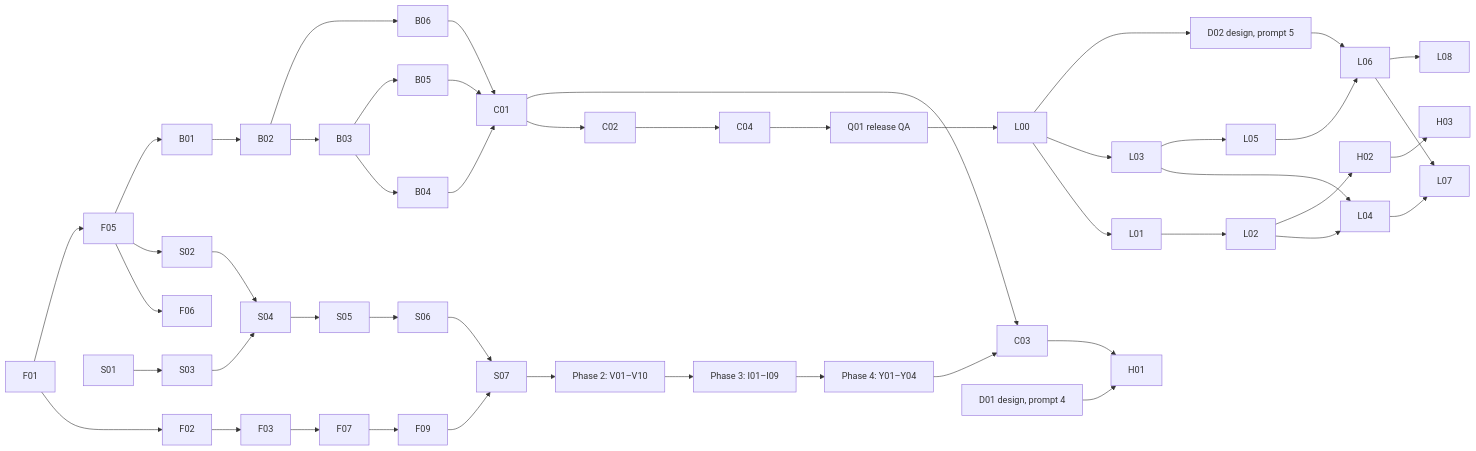
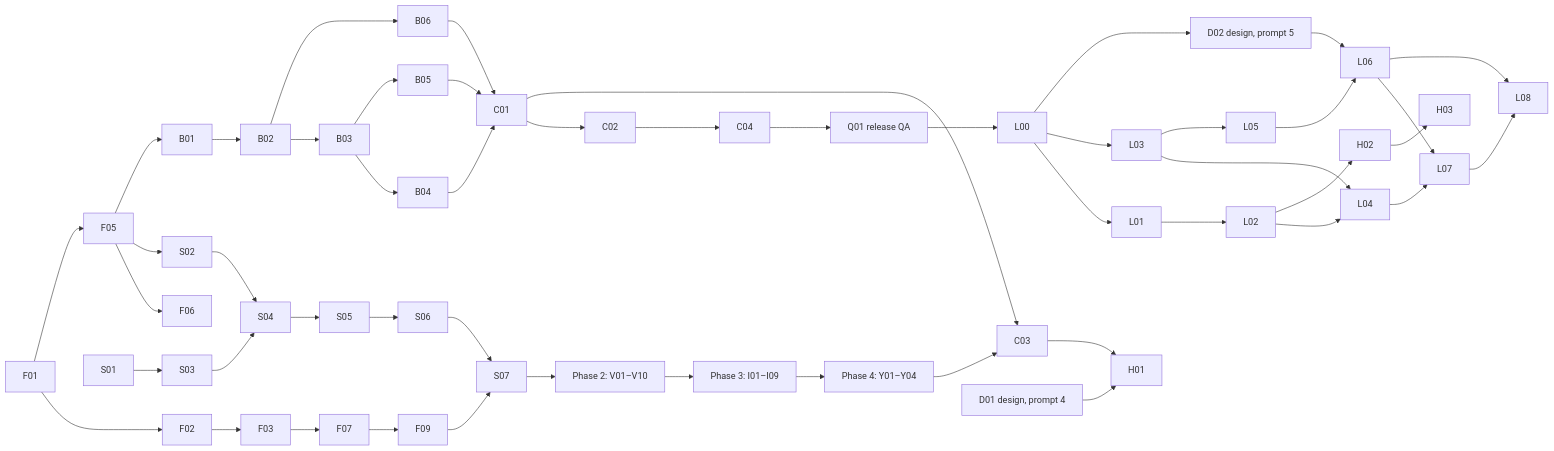
The diagram in docs/execution-plan.md (vespaiach/glance), drawn with Mermaid before and after one commit. The commit also changed other lines of this file and 2 other files, not shown here.

````diff
--- a/docs/execution-plan.md
+++ b/docs/execution-plan.md
@@ -34,23 +34,24 @@
 ```mermaid
 graph LR
   F01 --> F02 --> F03 --> F07 --> F09 --> S07
   F01 --> F05 --> F06
   F05 --> S02 --> S04 --> S05 --> S06 --> S07
   S01 --> S03 --> S04
   S07 --> V[Phase 2: V01–V10] --> I[Phase 3: I01–I09] --> Y[Phase 4: Y01–Y04]
   F05 --> B01 --> B02 --> B03 --> B04
   B03 --> B05
   B02 --> B06
   B04 & B05 & B06 --> C01 --> C02 --> C04
   Y --> C03
   C01 --> C03
   C04 --> Q[Q01 release QA]
   Q --> L00 --> L01 --> L02 --> L04
   L00 --> L03 --> L04
   L03 --> L05 --> L06
   L00 --> D02[D02 design, prompt 5] --> L06
   L04 & L06 --> L07
   L06 --> L08
+  L07 --> L08
   C03 & D01[D01 design, prompt 4] --> H01
   L02 --> H02 --> H03
 ```
````
